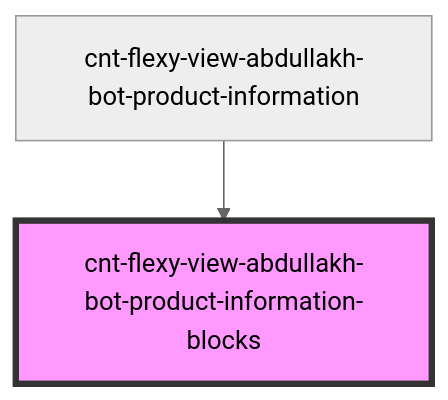
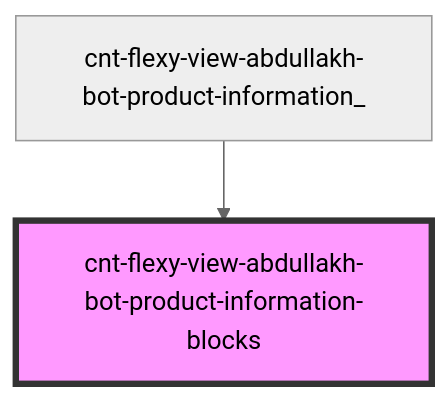
The diagram in src/components/cnt-flexy-view-abdullakh-bot-product-information/res/view/cnt-flexy-view-abdullakh-bot-product-information_/res/view/cnt-flexy-view-abdullakh-bot-product-information-blocks/readme.md (Wokh-Dada/botdevelopmentapp), drawn with Mermaid (neutral theme) before and after one commit. The commit also changed other lines of this file and 34 other files, not shown here.

````diff
--- a/src/components/cnt-flexy-view-abdullakh-bot-product-information/res/view/cnt-flexy-view-abdullakh-bot-product-information_/res/view/cnt-flexy-view-abdullakh-bot-product-information-blocks/readme.md
+++ b/src/components/cnt-flexy-view-abdullakh-bot-product-information/res/view/cnt-flexy-view-abdullakh-bot-product-information_/res/view/cnt-flexy-view-abdullakh-bot-product-information-blocks/readme.md
@@ -30,5 +30,5 @@
 ```mermaid
 graph TD;
-  cnt-flexy-view-abdullakh-bot-product-information --> cnt-flexy-view-abdullakh-bot-product-information-blocks
+  cnt-flexy-view-abdullakh-bot-product-information_ --> cnt-flexy-view-abdullakh-bot-product-information-blocks
   style cnt-flexy-view-abdullakh-bot-product-information-blocks fill:#f9f,stroke:#333,stroke-width:4px
 ```
````
